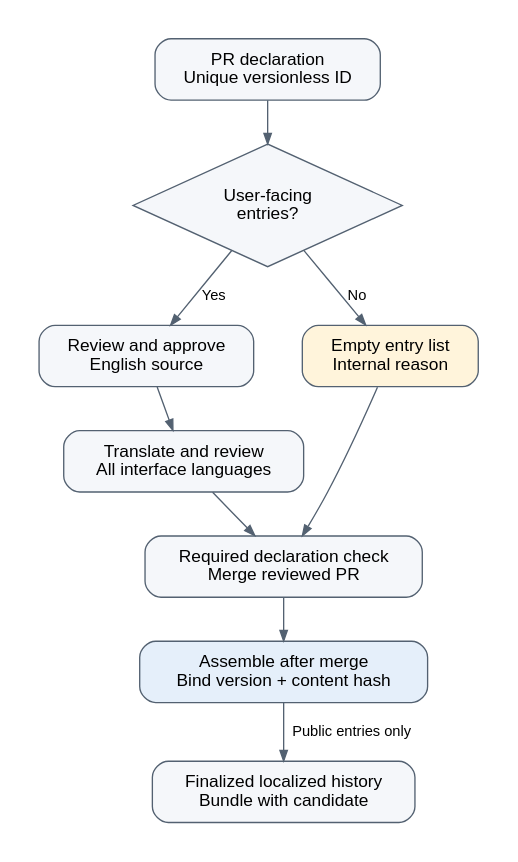
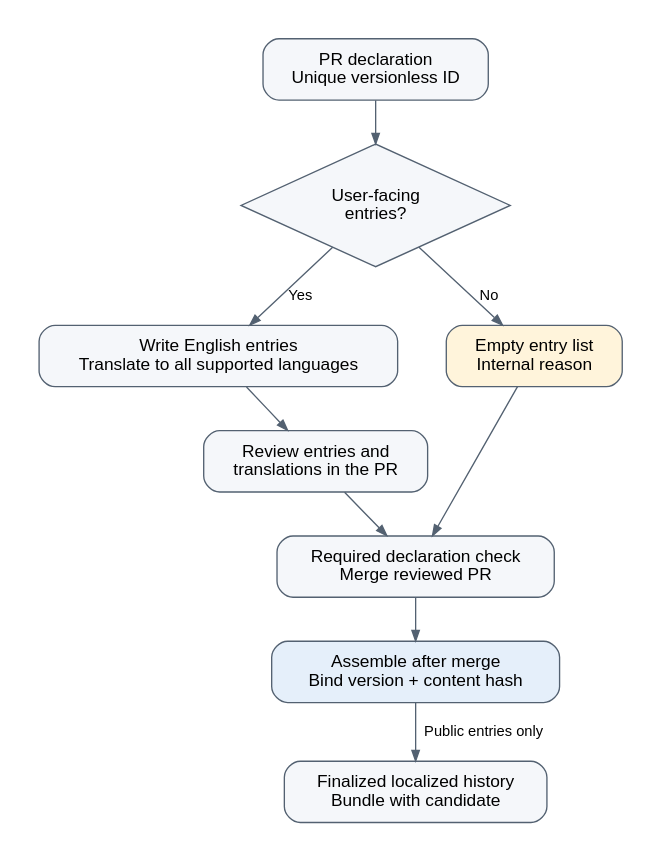
The diagram in docs/architecture/diagrams/release-changelog-fragments.dot (getsituate/situate), drawn with Graphviz before and after one commit. The commit also changed 41 other files, not shown here.

```diff
--- a/docs/architecture/diagrams/release-changelog-fragments.dot
+++ b/docs/architecture/diagrams/release-changelog-fragments.dot
@@ -1,25 +1,25 @@
 digraph ReleaseChangelogFragments {
   graph [rankdir=TB, bgcolor="white", pad=0.3, nodesep=0.5, ranksep=0.45, fontname="Helvetica", fontsize=13];
   node [shape=box, style="rounded,filled", fillcolor="#f5f7fa", color="#536171", fontname="Helvetica", fontsize=13, margin="0.18,0.12"];
   edge [color="#536171", fontname="Helvetica", fontsize=11, arrowsize=0.8];
 
   declaration [label="PR declaration\nUnique versionless ID"];
   relevant [shape=diamond, style=filled, label="User-facing\nentries?"];
-  english [label="Review and approve\nEnglish source"];
-  translate [label="Translate and review\nAll interface languages"];
+  english [label="Write English entries\nTranslate to all supported languages"];
+  review [label="Review entries and\ntranslations in the PR"];
   empty [label="Empty entry list\nInternal reason", fillcolor="#fff4db"];
   gate [label="Required declaration check\nMerge reviewed PR"];
   assemble [label="Assemble after merge\nBind version + content hash", fillcolor="#e5effa"];
   history [label="Finalized localized history\nBundle with candidate"];
 
   { rank=same; english; empty; }
 
   declaration -> relevant;
   relevant -> english [label="Yes"];
   relevant -> empty [label="No"];
-  english -> translate;
-  translate -> gate;
+  english -> review;
+  review -> gate;
   empty -> gate;
   gate -> assemble;
   assemble -> history [label="Public entries only"];
 }
```
